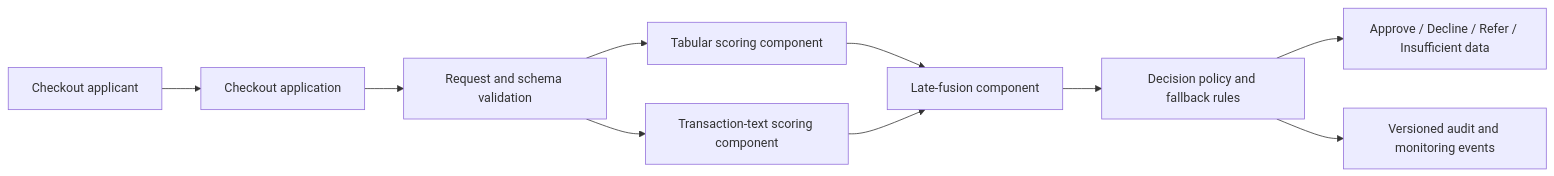
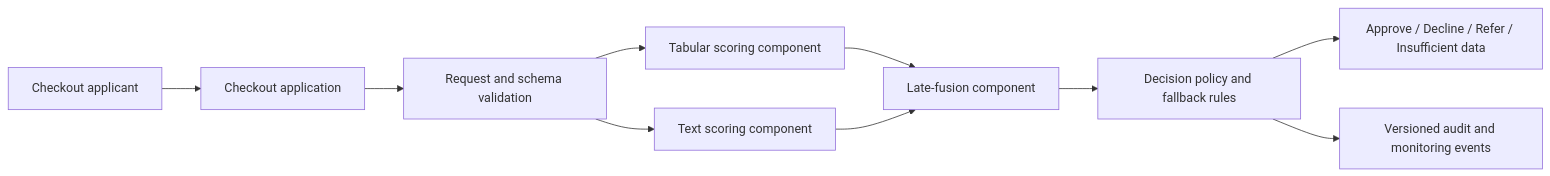
The first of 3 diagrams in docs/architecture.md (Evannoshy/instant-checkout-credit-engine), drawn with Mermaid before and after one commit. The commit also changed other lines of this file and 3 other files, not shown here.

````diff
--- a/docs/architecture.md
+++ b/docs/architecture.md
@@ -28,12 +44,12 @@
 ```mermaid
 flowchart LR
     User[Checkout applicant] --> Checkout[Checkout application]
     Checkout --> Validation[Request and schema validation]
     Validation --> Tabular[Tabular scoring component]
-    Validation --> Text[Transaction-text scoring component]
+    Validation --> Text[Text scoring component]
     Tabular --> Fusion[Late-fusion component]
     Text --> Fusion
     Fusion --> Policy[Decision policy and fallback rules]
     Policy --> Response[Approve / Decline / Refer / Insufficient data]
     Policy --> Audit[Versioned audit and monitoring events]
 ```
````
